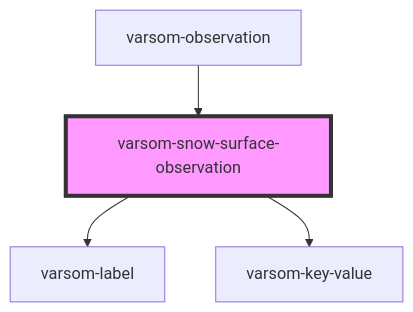
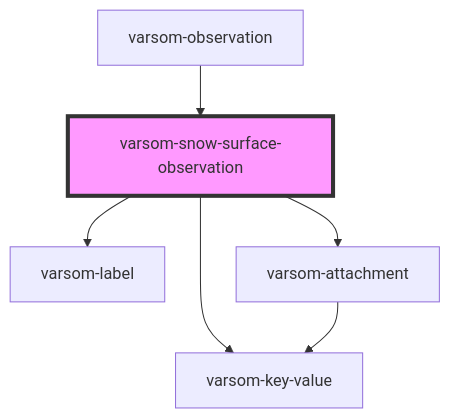
Before and after one commit to NVE/varsom-observation: the diagram in observasjonskort/src/components/varsom-snow-surface-observation/readme.md, drawn with Mermaid. The commit also changed other lines of this file and 34 other files, not shown here.

````diff
--- a/observasjonskort/src/components/varsom-snow-surface-observation/readme.md
+++ b/observasjonskort/src/components/varsom-snow-surface-observation/readme.md
@@ -43,7 +45,9 @@
 ```mermaid
 graph TD;
   varsom-snow-surface-observation --> varsom-label
   varsom-snow-surface-observation --> varsom-key-value
+  varsom-snow-surface-observation --> varsom-attachment
+  varsom-attachment --> varsom-key-value
   varsom-observation --> varsom-snow-surface-observation
   style varsom-snow-surface-observation fill:#f9f,stroke:#333,stroke-width:4px
 ```
````
